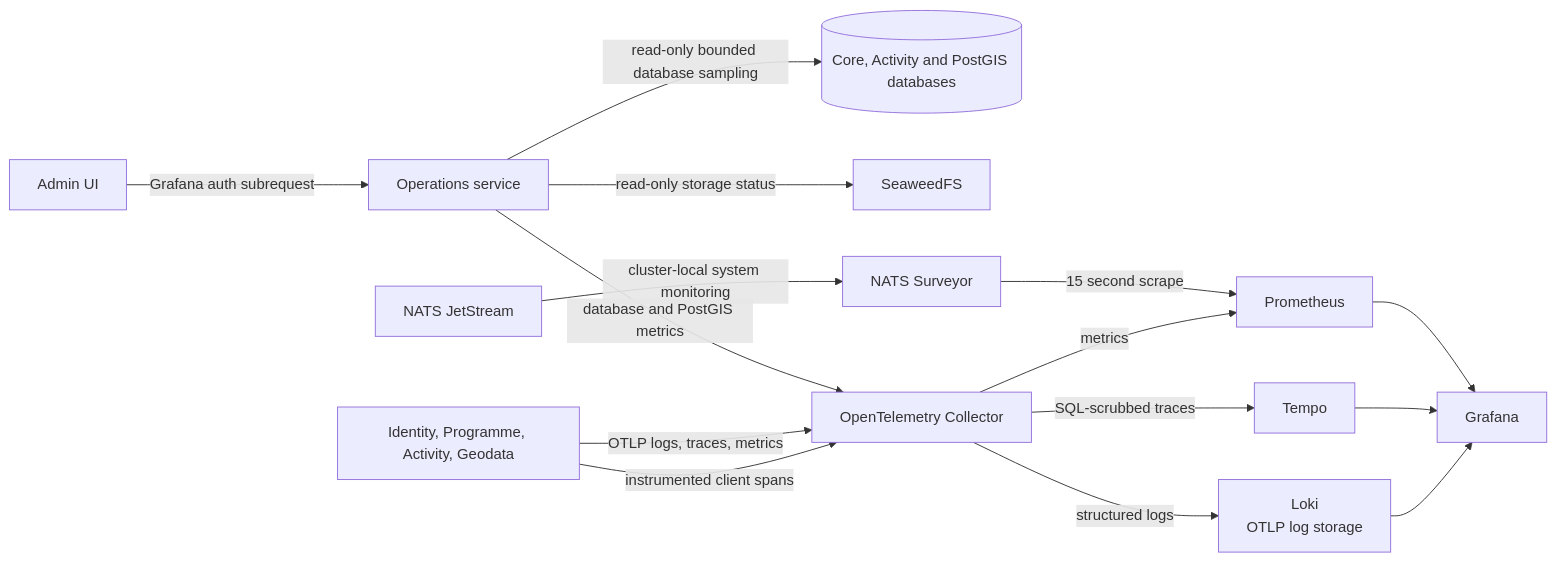
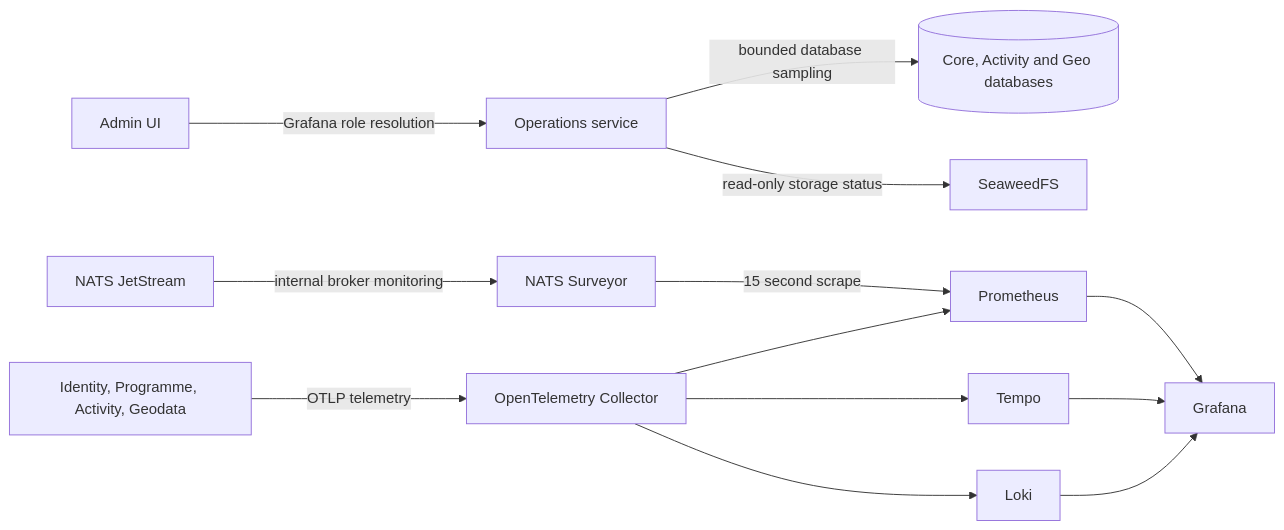
One commit to myota-platform/myota-docs changed the diagram in docs/architecture/diagrams/observability-architecture.md. Above: the diagram before and after it, drawn with Mermaid. The commit also changed other lines of this file and 19 other files, not shown here.

````diff
--- a/docs/architecture/diagrams/observability-architecture.md
+++ b/docs/architecture/diagrams/observability-architecture.md
@@ -3,29 +3,28 @@
 ```mermaid
 flowchart LR
   UI[Admin UI]
   Ops[Operations service]
-  DB[(Core, Activity and PostGIS databases)]
+  DB[(Core, Activity and Geo databases)]
   SW[SeaweedFS]
   NATS[NATS JetStream]
   Surveyor[NATS Surveyor]
   Prom[Prometheus]
   Tempo[Tempo]
-  Loki[Loki\nOTLP log storage]
+  Loki[Loki]
   Collector[OpenTelemetry Collector]
   Services[Identity, Programme, Activity, Geodata]
   Grafana[Grafana]
-  UI -->|Grafana auth subrequest| Ops
+
+  UI -->|Grafana role resolution| Ops
   Ops -->|read-only storage status| SW
-  Ops -->|read-only bounded database sampling| DB
-  Ops -->|database and PostGIS metrics| Collector
-  NATS -->|cluster-local system monitoring| Surveyor
+  Ops -->|bounded database sampling| DB
+  NATS -->|internal broker monitoring| Surveyor
   Surveyor -->|15 second scrape| Prom
-  Services -->|OTLP logs, traces, metrics| Collector
-  Services -->|instrumented client spans| Collector
-  Collector -->|metrics| Prom
-  Collector -->|SQL-scrubbed traces| Tempo
-  Collector -->|structured logs| Loki
+  Services -->|OTLP telemetry| Collector
+  Collector --> Prom
+  Collector --> Tempo
+  Collector --> Loki
   Prom --> Grafana
   Tempo --> Grafana
   Loki --> Grafana
 ```
````
